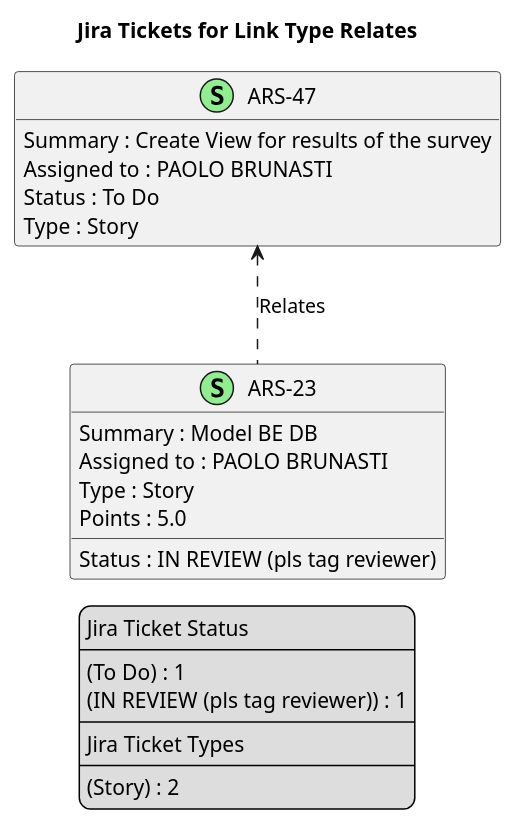
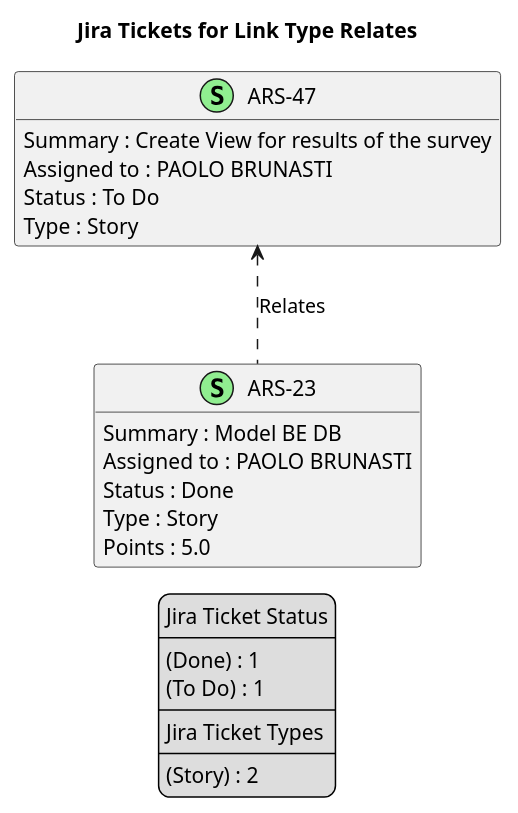
Before and after one commit to brunasti/jiraplotter: the diagram in docs/nexus/jira-LinkType-Relates.puml, drawn with PlantUML. The commit also changed 19 other files, not shown here.

```diff
--- a/docs/nexus/jira-LinkType-Relates.puml
+++ b/docs/nexus/jira-LinkType-Relates.puml
@@ -1,45 +1,45 @@
 @startuml
 'https://plantuml.com/class-diagram
 
 ' GENERATE CLASS DIAGRAM ===========
-' Generated at    : Tue May 14 12:25:21 CEST 2024
+' Generated at    : Tue May 14 15:35:46 CEST 2024
 
 title Jira Tickets for Link Type Relates
 hide empty members
 
 legend
 Jira Ticket Status
 ----
+(Done) : 1
 (To Do) : 1
-(IN REVIEW (pls tag reviewer)) : 1
 ----
 Jira Ticket Types
 ----
 (Story) : 2
 end legend
 
 
 ' Tickets =======
 class "ARS-23" << (S,lightgreen) >> {
   Summary : Model BE DB
   Assigned to : PAOLO BRUNASTI
-  Status : IN REVIEW (pls tag reviewer)
+  Status : Done
   Type : Story
   Points : 5.0
 }
 
 class "ARS-47" << (S,lightgreen) >> {
   Summary : Create View for results of the survey
   Assigned to : PAOLO BRUNASTI
   Status : To Do
   Type : Story
 }
 
 
 
 ' Links =======
 "ARS-47" <.. "ARS-23" : Relates
 
 
 
 @enduml
```
